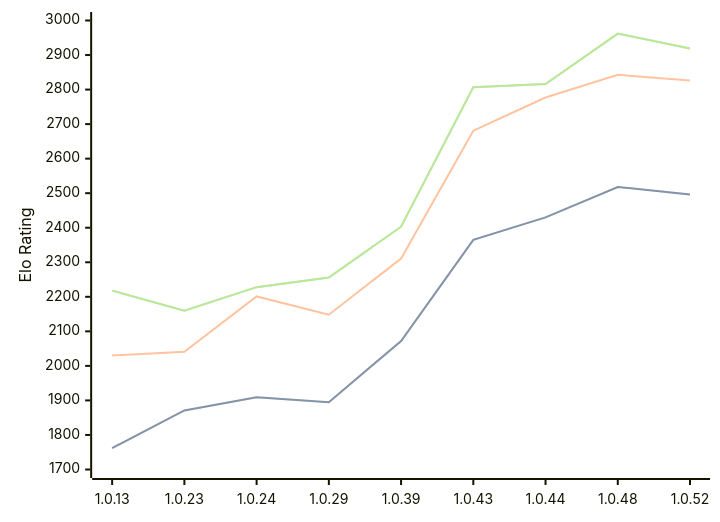
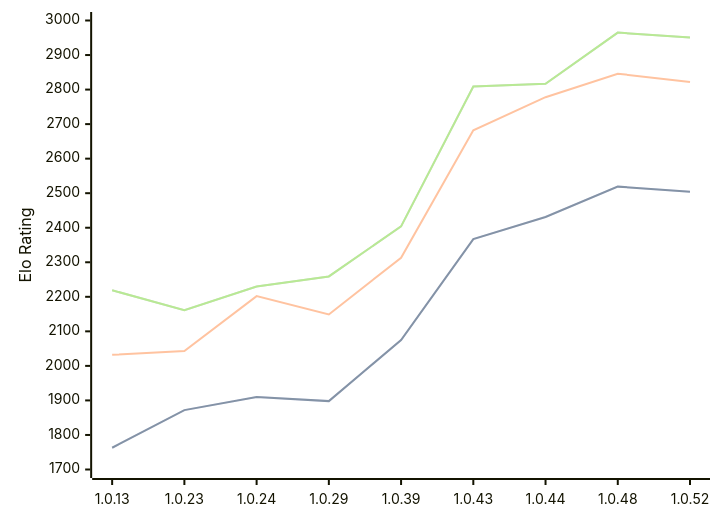
One commit to computer-chess-index/cci changed the diagram in engines/RustyRival.md. Above: the diagram before and after it, drawn with Mermaid. The commit also changed other lines of this file, not shown here.

Commit message:
Update CCI Ratings (ELO VLTC) - 2026-08-09

````diff
--- a/engines/RustyRival.md
+++ b/engines/RustyRival.md
@@ -54,11 +55,11 @@
 ```mermaid
 %%{init: {"theme":"base","themeVariables":{"seriesColors:['#a3a3a3','#222221','#faa371']}}}%%
 xychart-beta
   x-axis ["1.0.13", "1.0.23", "1.0.24", "1.0.29", "1.0.39", "1.0.43", "1.0.44", "1.0.48", "1.0.52"]
   y-axis "Elo Rating" 1700 --> 3000
-  line "STC (8.0+0.08s)" [1762, 1871, 1909, 1895, 2072, 2365, 2430, 2518, 2496]
-  line "STC (8.0+0.08s)" [1762, 1871, 1909, 1895, 2072, 2365, 2430, 2518, 2496]
-  line "LTC (60.0+0.60s)" [2030, 2041, 2201, 2148, 2311, 2681, 2777, 2843, 2826]
-  line "VLTC (2m24s+1.12s)" [2218, 2160, 2228, 2256, 2403, 2807, 2816, 2962, 2919]
-  line "VLTC (2m24s+1.12s)" [2218, 2160, 2228, 2256, 2403, 2807, 2816, 2962, 2919]
+  line "STC (8.0+0.08s)" [1763, 1872, 1910, 1898, 2075, 2367, 2431, 2519, 2504]
+  line "STC (8.0+0.08s)" [1763, 1872, 1910, 1898, 2075, 2367, 2431, 2519, 2504]
+  line "LTC (60.0+0.60s)" [2032, 2043, 2202, 2149, 2313, 2682, 2778, 2846, 2822]
+  line "VLTC (2m24s+1.12s)" [2219, 2161, 2230, 2259, 2404, 2809, 2817, 2965, 2951]
+  line "VLTC (2m24s+1.12s)" [2219, 2161, 2230, 2259, 2404, 2809, 2817, 2965, 2951]
 ```
````
